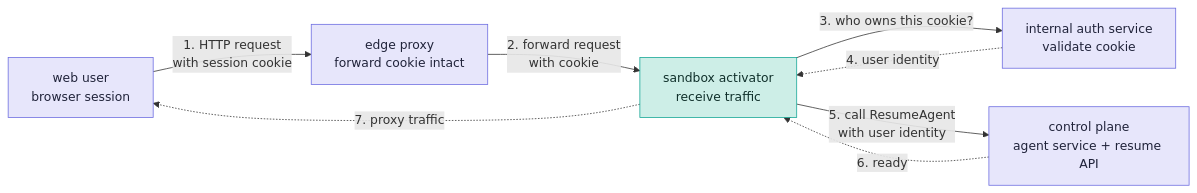
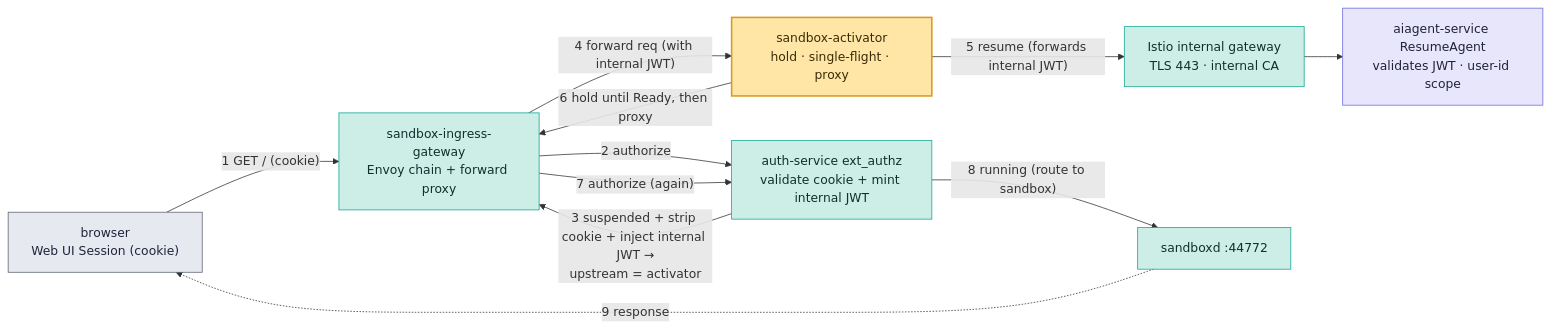
The second of 2 diagrams in README.md (chandini1727/documentation-), drawn with Mermaid before and after one commit. The commit also changed other lines of this file, not shown here.

````diff
--- a/README.md
+++ b/README.md
@@ -117,21 +101,26 @@
 ```mermaid
 flowchart LR
-    U["web user<br/>browser session"]:::cp
-    EDGE["edge proxy<br/>forward cookie intact"]:::cp
-    ACT["sandbox activator<br/>receive traffic"]:::dp
-    AUTH["internal auth service<br/>validate cookie"]:::cp
-    CP["control plane<br/>agent service + resume API"]:::cp
+    cl["browser<br/>Web UI Session (cookie)"]:::store
+    gw["sandbox-ingress-gateway<br/>Envoy chain + forward proxy"]:::dp
+    az["auth-service ext_authz<br/>validate cookie + mint internal JWT"]:::dp
+    act["sandbox-activator<br/>hold · single-flight · proxy"]:::star
+    igw["Istio internal gateway<br/>TLS 443 · internal CA"]:::dp
+    cp["aiagent-service ResumeAgent<br/>validates JWT · user-id scope"]:::cp
+    sd["sandboxd :44772"]:::dp
 
-    U -->|"1. HTTP request<br/>with session cookie"| EDGE
-    EDGE -->|"2. forward request<br/>with cookie"| ACT
-    ACT -->|"3. who owns this cookie?"| AUTH
-    AUTH -.->|"4. user identity"| ACT
-    ACT -->|"5. call ResumeAgent<br/>with user identity"| CP
-    CP -.->|"6. ready"| ACT
-    ACT -.->|"7. proxy traffic"| U
+    cl -->|"1 GET / (cookie)"| gw
+    gw -->|"2 authorize"| az
+    az -->|"3 suspended + strip cookie + inject internal JWT →<br/>upstream = activator"| gw
+    gw -->|"4 forward req (with internal JWT)"| act
+    act -->|"5 resume (forwards internal JWT)"| igw
+    igw --> cp
+    act -->|"6 hold until Ready, then proxy"| gw
+    gw -->|"7 authorize (again)"| az
+    az -->|"8 running (route to sandbox)"| sd
+    sd -.->|"9 response"| cl
 
     classDef cp fill:#e7e6fb,stroke:#6b6be0,color:#20233a
     classDef dp fill:#cdeee7,stroke:#12a594,color:#10302b
     classDef star fill:#ffe6a7,stroke:#d99a1c,stroke-width:2px,color:#3a2c07
     classDef store fill:#e6e9ef,stroke:#5b6472,color:#20233a
 ```
````
